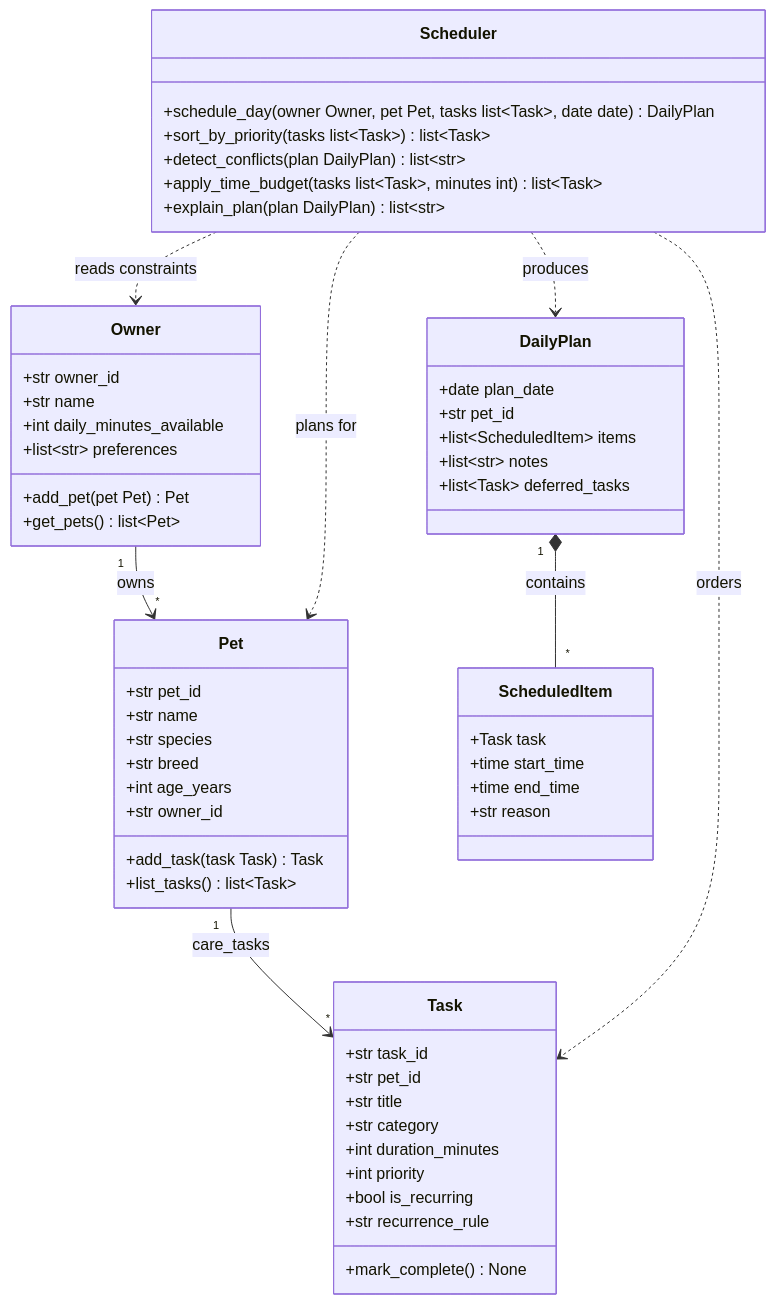
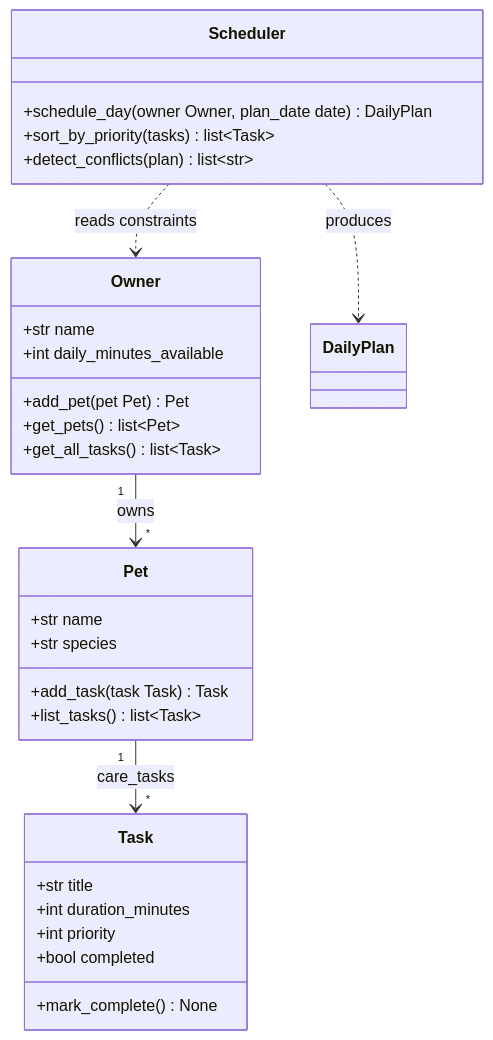
The diagram in diagrams/uml_draft.mmd (tssjbs/pawpal-plus-ai110), drawn with Mermaid before and after one commit. The commit also changed 5 other files, not shown here.

Commit message:
docs: align UML and README with grading rubric

```diff
--- a/diagrams/uml_draft.mmd
+++ b/diagrams/uml_draft.mmd
@@ -1,65 +1,36 @@
 classDiagram
     direction TB
 
     class Owner {
-        +str owner_id
         +str name
         +int daily_minutes_available
-        +list~str~ preferences
         +add_pet(pet Pet) Pet
         +get_pets() list~Pet~
+        +get_all_tasks() list~Task~
     }
 
     class Pet {
-        +str pet_id
         +str name
         +str species
-        +str breed
-        +int age_years
-        +str owner_id
         +add_task(task Task) Task
         +list_tasks() list~Task~
     }
 
     class Task {
-        +str task_id
-        +str pet_id
         +str title
-        +str category
         +int duration_minutes
         +int priority
-        +bool is_recurring
-        +str recurrence_rule
+        +bool completed
         +mark_complete() None
     }
 
     class Scheduler {
-        +schedule_day(owner Owner, pet Pet, tasks list~Task~, date date) DailyPlan
-        +sort_by_priority(tasks list~Task~) list~Task~
-        +detect_conflicts(plan DailyPlan) list~str~
-        +apply_time_budget(tasks list~Task~, minutes int) list~Task~
-        +explain_plan(plan DailyPlan) list~str~
-    }
-
-    class DailyPlan {
-        +date plan_date
-        +str pet_id
-        +list~ScheduledItem~ items
-        +list~str~ notes
-        +list~Task~ deferred_tasks
-    }
-
-    class ScheduledItem {
-        +Task task
-        +time start_time
-        +time end_time
-        +str reason
+        +schedule_day(owner Owner, plan_date date) DailyPlan
+        +sort_by_priority(tasks) list~Task~
+        +detect_conflicts(plan) list~str~
     }
 
     Owner "1" --> "*" Pet : owns
     Pet "1" --> "*" Task : care_tasks
     Scheduler ..> Owner : reads constraints
-    Scheduler ..> Pet : plans for
-    Scheduler ..> Task : orders
     Scheduler ..> DailyPlan : produces
-    DailyPlan "1" *-- "*" ScheduledItem : contains
```
